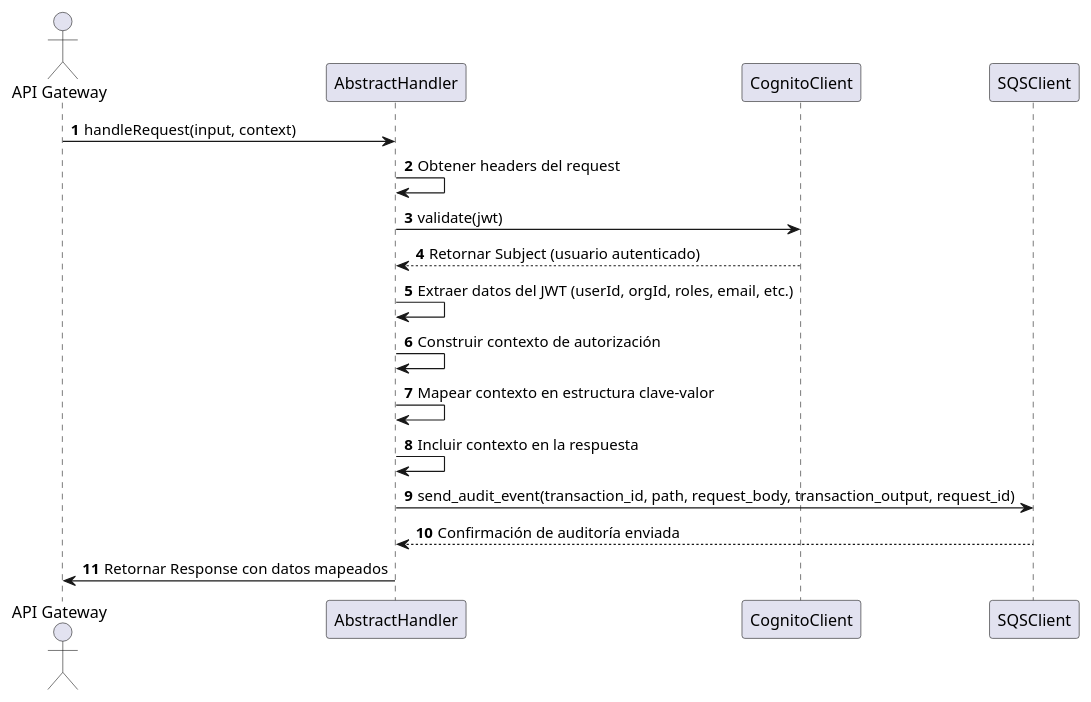
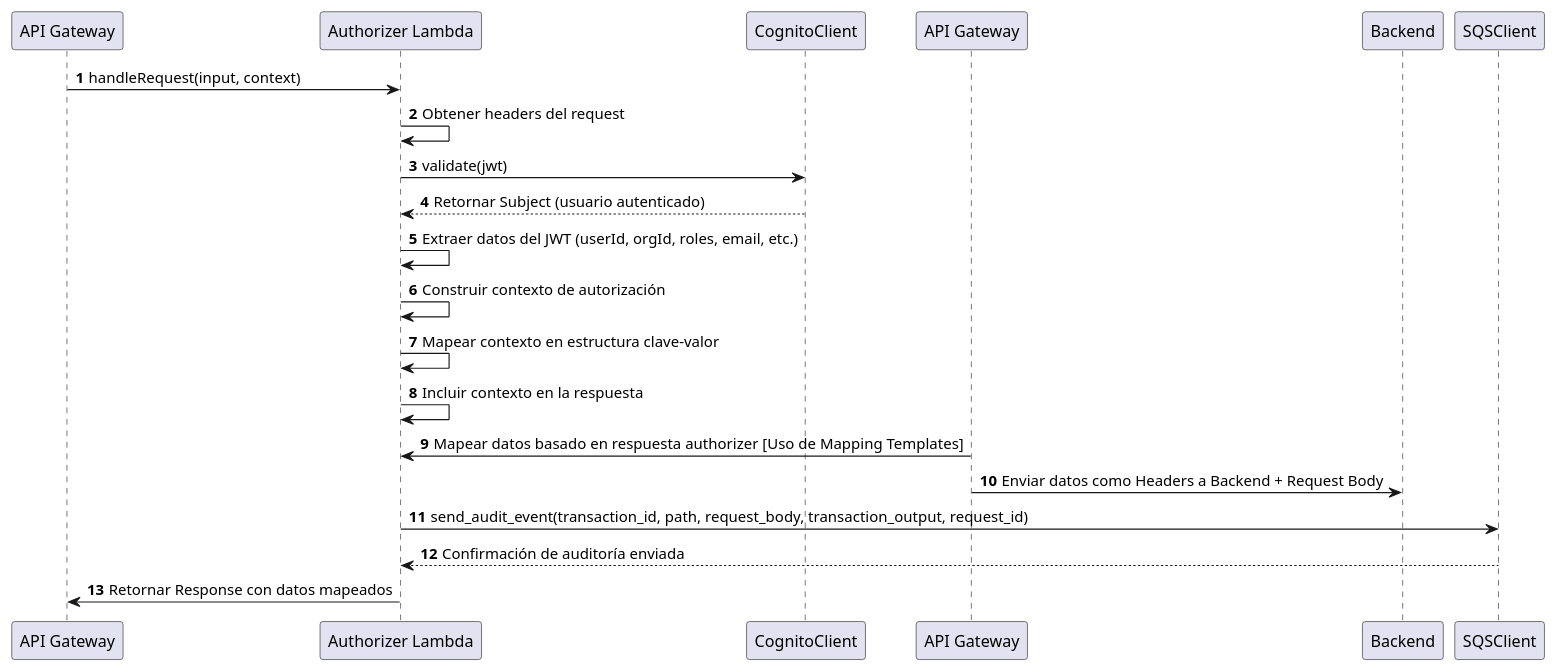
One commit to Jiliar/arch-coto-diagrams changed the diagram in plant-uml/authorizer-lambdas/without-avp-roles/lambda-authorizer-handler.puml. Above: the diagram before and after it, drawn with PlantUML. The commit also changed 3 other files, not shown here.

Commit message:
adding Authorization High Level Diagram

```diff
--- a/plant-uml/authorizer-lambdas/without-avp-roles/lambda-authorizer-handler.puml
+++ b/plant-uml/authorizer-lambdas/without-avp-roles/lambda-authorizer-handler.puml
@@ -1,23 +1,28 @@
 @startuml
 autonumber
 
-actor "API Gateway" as API
-participant "AbstractHandler" as Handler
+participant "API Gateway" as API
+participant "Authorizer Lambda" as Handler
 participant "CognitoClient" as Cognito
-participant "SQSClient" as SQS 
+participant "API Gateway" as APIGateway
+participant "Backend" as Backend 
+participant "SQSClient" as SQS
+
 
 API -> Handler: handleRequest(input, context)
 Handler -> Handler: Obtener headers del request
 Handler -> Cognito: validate(jwt)
 Cognito --> Handler: Retornar Subject (usuario autenticado)
 
 Handler -> Handler: Extraer datos del JWT (userId, orgId, roles, email, etc.)
 Handler -> Handler: Construir contexto de autorización
 Handler -> Handler: Mapear contexto en estructura clave-valor
 Handler -> Handler: Incluir contexto en la respuesta
+APIGateway -> Handler: Mapear datos basado en respuesta authorizer [Uso de Mapping Templates]
+APIGateway -> Backend: Enviar datos como Headers a Backend + Request Body
 
 Handler -> SQS: send_audit_event(transaction_id, path, request_body, transaction_output, request_id)
 SQS --> Handler: Confirmación de auditoría enviada
 
 Handler -> API: Retornar Response con datos mapeados
 @enduml
```
